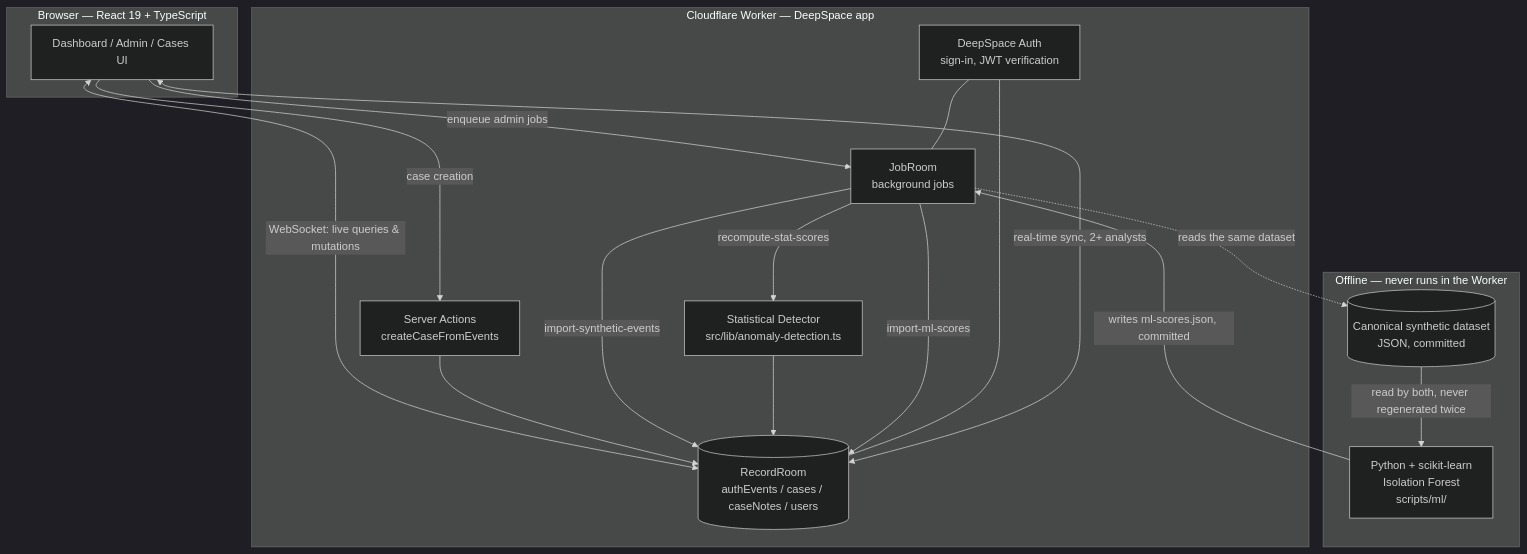
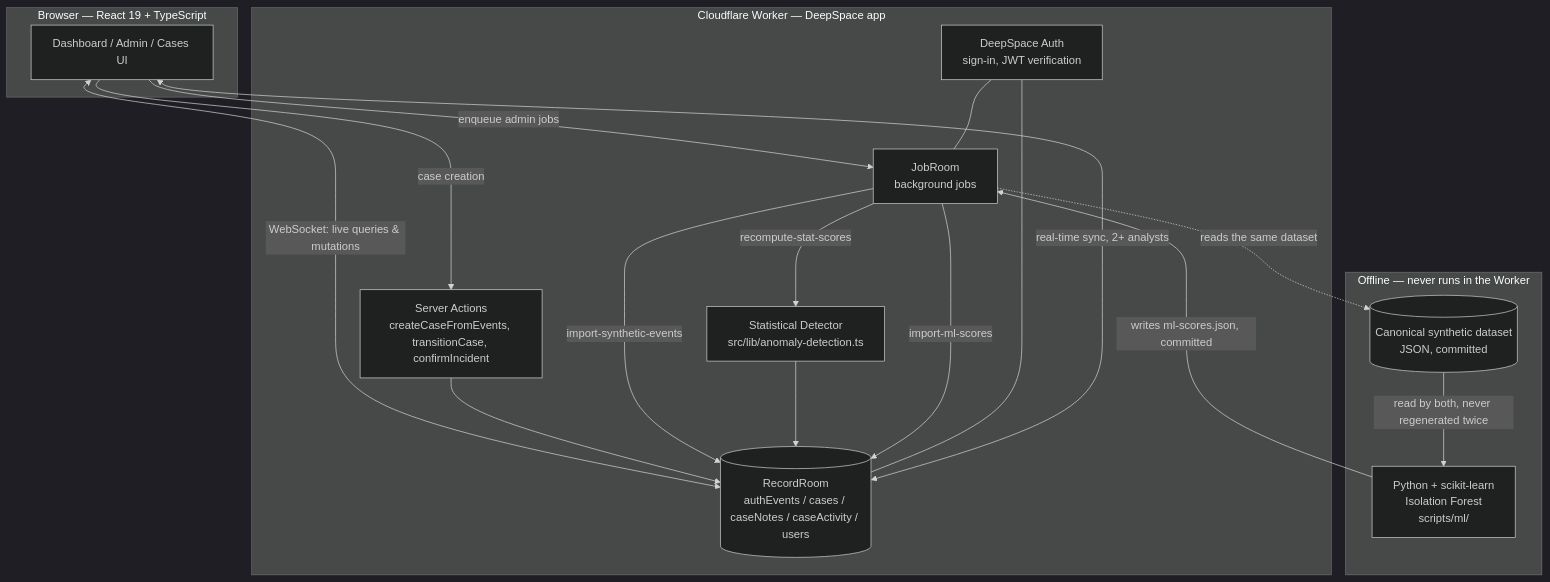
One commit to BonjourCoder-JD/ThreatLens changed the diagram in README.md. Above: the diagram before and after it, drawn with Mermaid (dark theme). The commit also changed other lines of this file and 6 other files, not shown here.

````diff
--- a/README.md
+++ b/README.md
@@ -76,36 +86,36 @@
 ```mermaid
 flowchart TB
     subgraph client["Browser — React 19 + TypeScript"]
         UI[Dashboard / Admin / Cases UI]
     end
 
     subgraph worker["Cloudflare Worker — DeepSpace app"]
         Auth[DeepSpace Auth<br/>sign-in, JWT verification]
-        RecordRoom[(RecordRoom<br/>authEvents / cases / caseNotes / users)]
+        RecordRoom[(RecordRoom<br/>authEvents / cases / caseNotes / caseActivity / users)]
         JobRoom[JobRoom<br/>background jobs]
-        Actions[Server Actions<br/>createCaseFromEvents]
+        Actions[Server Actions<br/>createCaseFromEvents, transitionCase, confirmIncident]
         StatDetector[Statistical Detector<br/>src/lib/anomaly-detection.ts]
     end
 
     subgraph offline["Offline — never runs in the Worker"]
         PyPipeline[Python + scikit-learn<br/>Isolation Forest<br/>scripts/ml/]
         Dataset[(Canonical synthetic dataset<br/>JSON, committed)]
     end
 
     UI <-->|WebSocket: live queries & mutations| RecordRoom
     UI -->|enqueue admin jobs| JobRoom
     UI -->|case creation| Actions
     Actions --> RecordRoom
     JobRoom -->|import-synthetic-events| RecordRoom
     JobRoom -->|recompute-stat-scores| StatDetector
     StatDetector --> RecordRoom
     JobRoom -->|import-ml-scores| RecordRoom
     Auth --- RecordRoom
     Auth --- JobRoom
 
     Dataset -->|read by both, never regenerated twice| PyPipeline
     JobRoom -.->|reads the same dataset| Dataset
     PyPipeline -->|writes ml-scores.json, committed| JobRoom
 
     RecordRoom <-->|real-time sync, 2+ analysts| UI
 ```
````
